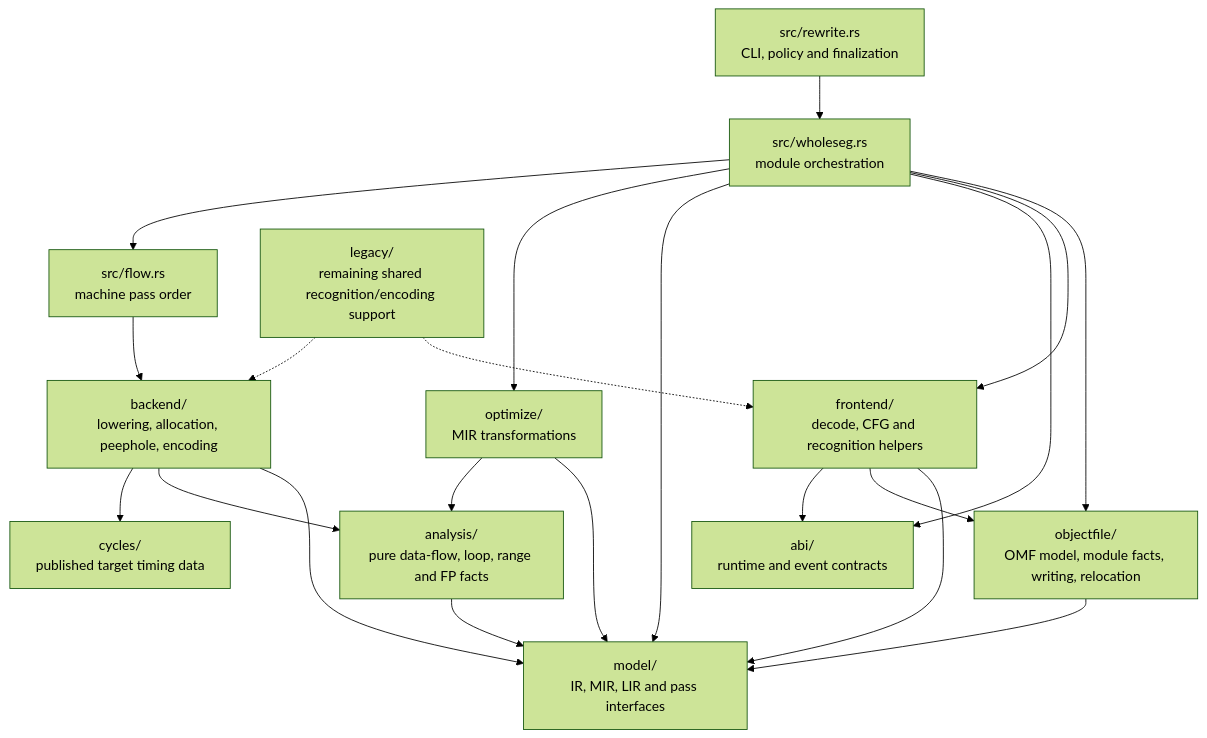
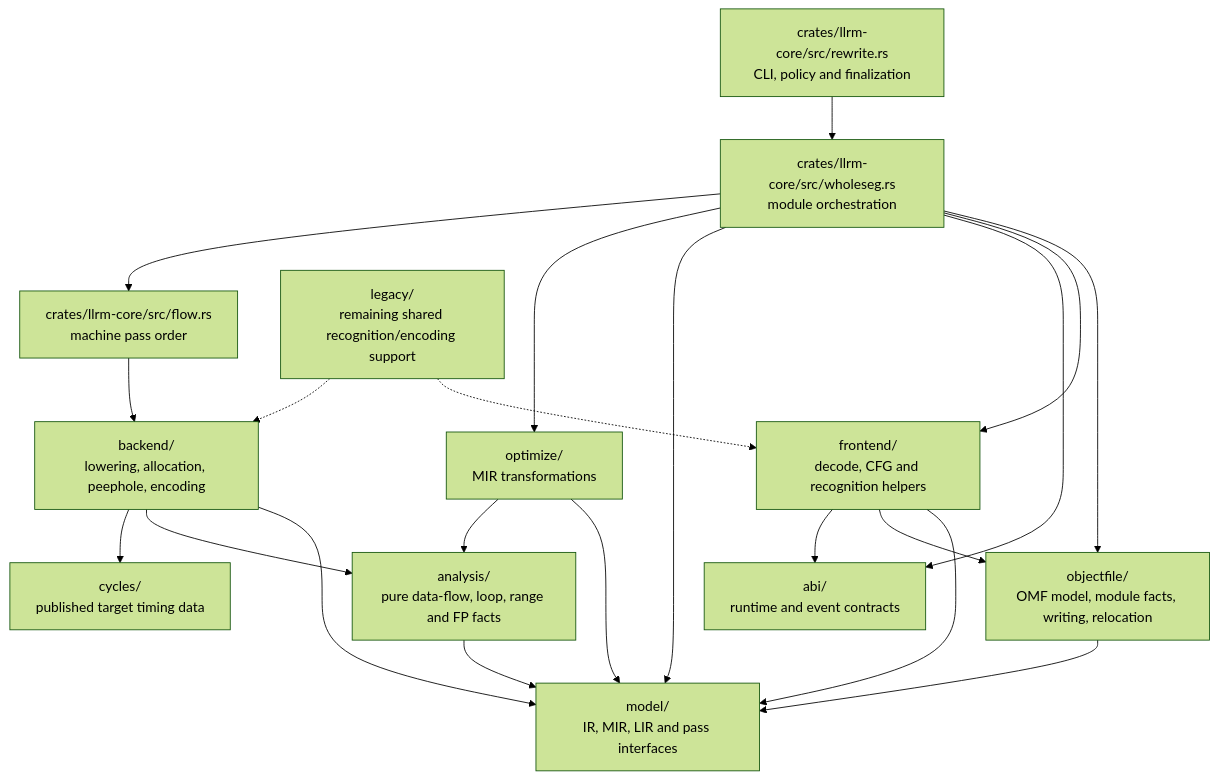
One commit to ali-mosavian/llrm changed diagram 12 of 13 in docs/architecture/readme.md. Above: the diagram before and after it, drawn with Mermaid (forest theme). The commit also changed other lines of this file and 661 other files, not shown here.

First line of the commit message:
refactor: split llrm into llrm-core and frontend crates

````diff
--- a/docs/architecture/readme.md
+++ b/docs/architecture/readme.md
@@ -517,25 +517,25 @@
 ```mermaid
 flowchart TD
-    Rewrite["src/rewrite.rs<br/>CLI, policy and finalization"] --> Whole["src/wholeseg.rs<br/>module orchestration"]
+    Rewrite["crates/llrm-core/src/rewrite.rs<br/>CLI, policy and finalization"] --> Whole["crates/llrm-core/src/wholeseg.rs<br/>module orchestration"]
     Whole --> Obj["objectfile/<br/>OMF model, module facts, writing, relocation"]
     Whole --> Front["frontend/<br/>decode, CFG and recognition helpers"]
     Whole --> ABI["abi/<br/>runtime and event contracts"]
     Whole --> Model["model/<br/>IR, MIR, LIR and pass interfaces"]
     Whole --> Opt["optimize/<br/>MIR transformations"]
-    Whole --> Flow["src/flow.rs<br/>machine pass order"]
+    Whole --> Flow["crates/llrm-core/src/flow.rs<br/>machine pass order"]
     Flow --> Back["backend/<br/>lowering, allocation, peephole, encoding"]
 
     Front --> Model
     Front --> Obj
     Front --> ABI
     Opt --> Model
     Opt --> Analysis["analysis/<br/>pure data-flow, loop, range and FP facts"]
     Analysis --> Model
     Back --> Model
     Back --> Analysis
     Back --> Cycles["cycles/<br/>published target timing data"]
     Obj --> Model
 
     Legacy["legacy/<br/>remaining shared recognition/encoding support"] -.-> Front
     Legacy -.-> Back
 ```
````
